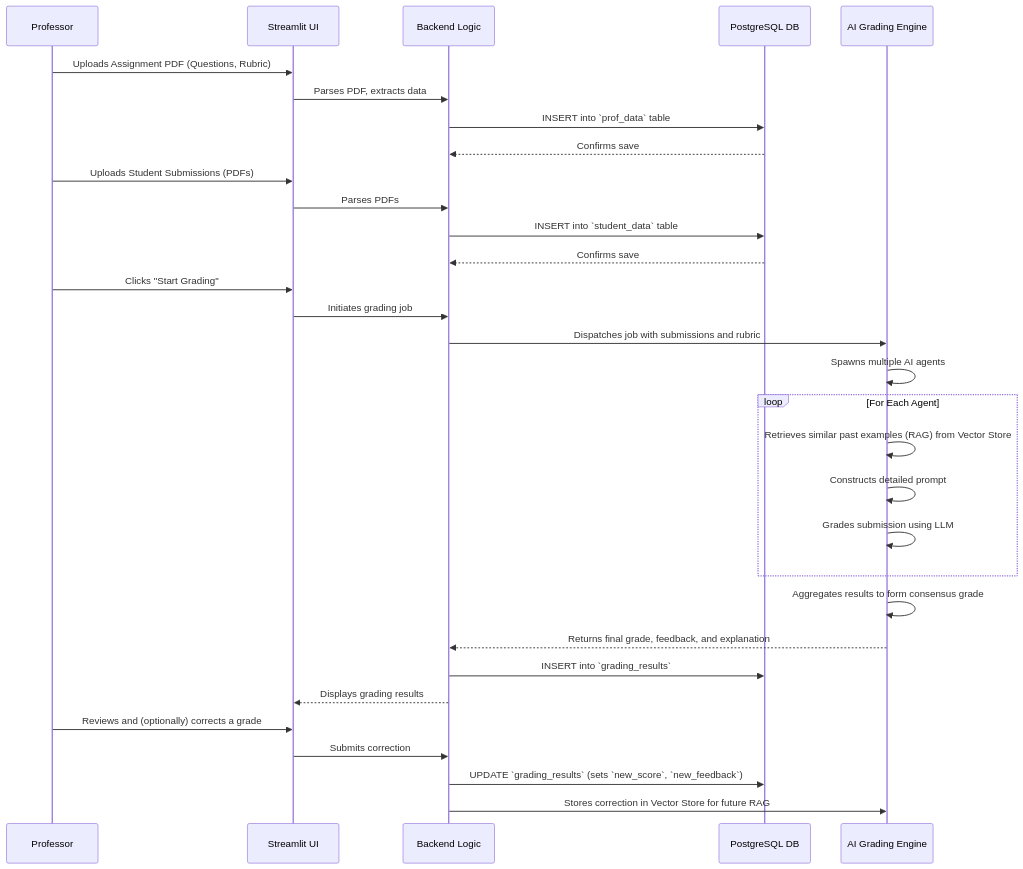
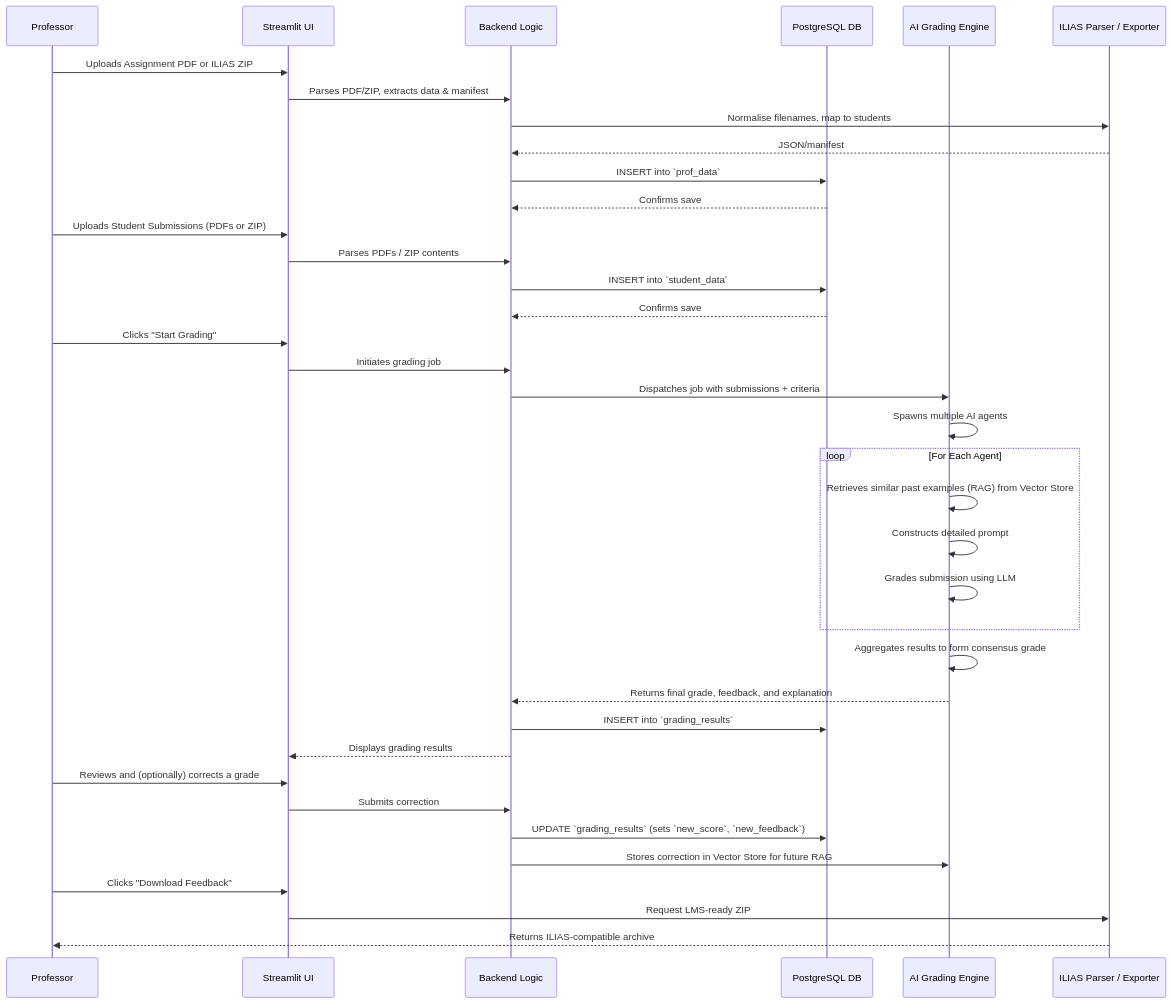
Before and after one commit to scriptedbyvedant/autograder_v2-main: the second of 3 diagrams in project_docs/DESIGN.md, drawn with Mermaid. The commit also changed other lines of this file and 3 other files, not shown here.

````diff
--- a/project_docs/DESIGN.md
+++ b/project_docs/DESIGN.md
@@ -72,39 +75,45 @@
 ```mermaid
 sequenceDiagram
     participant User as Professor
     participant UI as Streamlit UI
     participant Backend as Backend Logic
     participant DB as PostgreSQL DB
     participant Engine as AI Grading Engine
+    participant ILIAS as ILIAS Parser / Exporter
 
-    User->>UI: Uploads Assignment PDF (Questions, Rubric)
-    UI->>Backend: Parses PDF, extracts data
-    Backend->>DB: INSERT into `prof_data` table
+    User->>UI: Uploads Assignment PDF or ILIAS ZIP
+    UI->>Backend: Parses PDF/ZIP, extracts data & manifest
+    Backend->>ILIAS: Normalise filenames, map to students
+    ILIAS-->>Backend: JSON/manifest
+    Backend->>DB: INSERT into `prof_data`
     DB-->>Backend: Confirms save
 
-    User->>UI: Uploads Student Submissions (PDFs)
-    UI->>Backend: Parses PDFs
-    Backend->>DB: INSERT into `student_data` table
+    User->>UI: Uploads Student Submissions (PDFs or ZIP)
+    UI->>Backend: Parses PDFs / ZIP contents
+    Backend->>DB: INSERT into `student_data`
     DB-->>Backend: Confirms save
 
     User->>UI: Clicks "Start Grading"
     UI->>Backend: Initiates grading job
-    Backend->>Engine: Dispatches job with submissions and rubric
+    Backend->>Engine: Dispatches job with submissions + criteria
     
     Engine->>Engine: Spawns multiple AI agents
     loop For Each Agent
         Engine->>Engine: Retrieves similar past examples (RAG) from Vector Store
         Engine->>Engine: Constructs detailed prompt
         Engine->>Engine: Grades submission using LLM
     end
     Engine->>Engine: Aggregates results to form consensus grade
     
     Engine-->>Backend: Returns final grade, feedback, and explanation
     Backend->>DB: INSERT into `grading_results`
 
     Backend-->>UI: Displays grading results
     User->>UI: Reviews and (optionally) corrects a grade
     UI->>Backend: Submits correction
     Backend->>DB: UPDATE `grading_results` (sets `new_score`, `new_feedback`)
     Backend->>Engine: Stores correction in Vector Store for future RAG
+    User->>UI: Clicks "Download Feedback"
+    UI->>ILIAS: Request LMS-ready ZIP
+    ILIAS-->>User: Returns ILIAS-compatible archive
 ```
````
